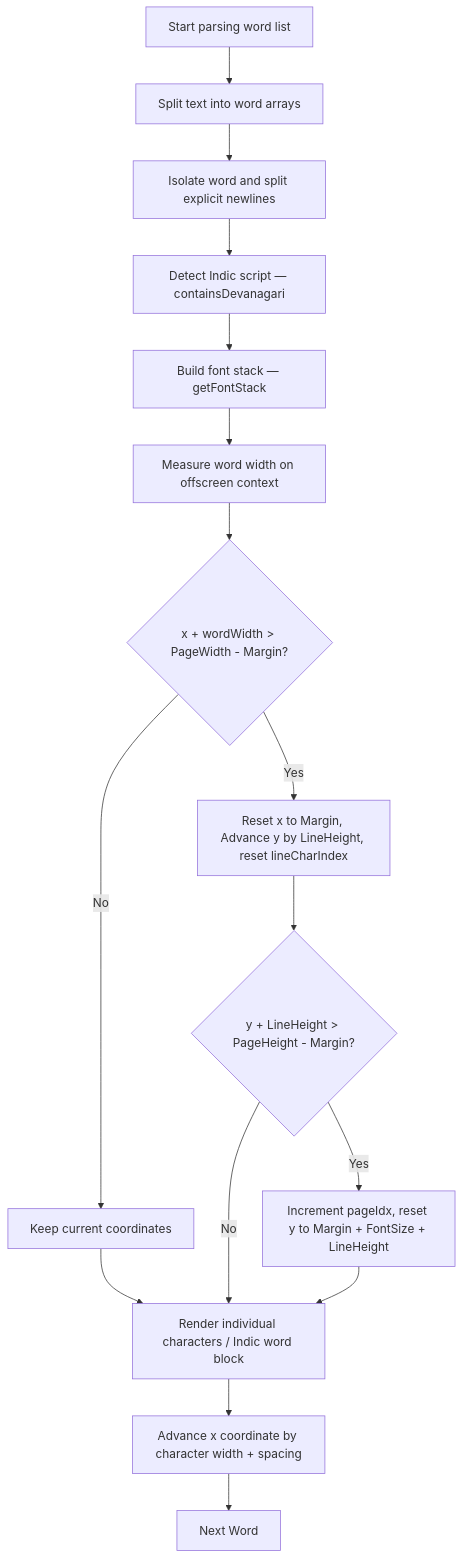
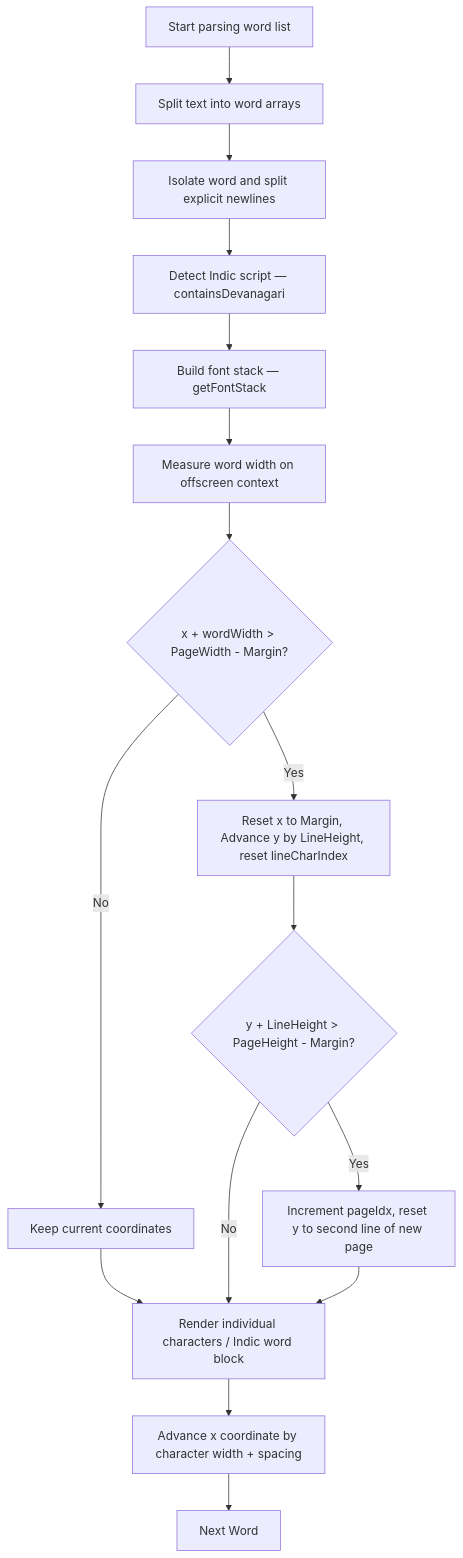
Before and after one commit to VIPHACKER100/Inkflow: the diagram in docs/handwriting-engine.md, drawn with Mermaid. The commit also changed other lines of this file and 18 other files, not shown here.

Commit message:
docs: add comprehensive project documentation covering architecture, configuration, and integration guides

````diff
--- a/docs/handwriting-engine.md
+++ b/docs/handwriting-engine.md
@@ -120,18 +171,18 @@
 ```mermaid
 flowchart TD
     A[Start parsing word list] --> B[Split text into word arrays]
     B --> C[Isolate word and split explicit newlines]
     C --> D[Detect Indic script — containsDevanagari]
     D --> E[Build font stack — getFontStack]
     E --> F[Measure word width on offscreen context]
     F --> G{x + wordWidth > PageWidth - Margin?}
     G -->|Yes| H[Reset x to Margin, Advance y by LineHeight, reset lineCharIndex]
     G -->|No| I[Keep current coordinates]
     H --> J{y + LineHeight > PageHeight - Margin?}
     I --> K[Render individual characters / Indic word block]
-    J -->|Yes| L[Increment pageIdx, reset y to Margin + FontSize + LineHeight]
+    J -->|Yes| L[Increment pageIdx, reset y to second line of new page]
     J -->|No| K
     L --> K
     K --> M[Advance x coordinate by character width + spacing]
     M --> N[Next Word]
 ```
````
